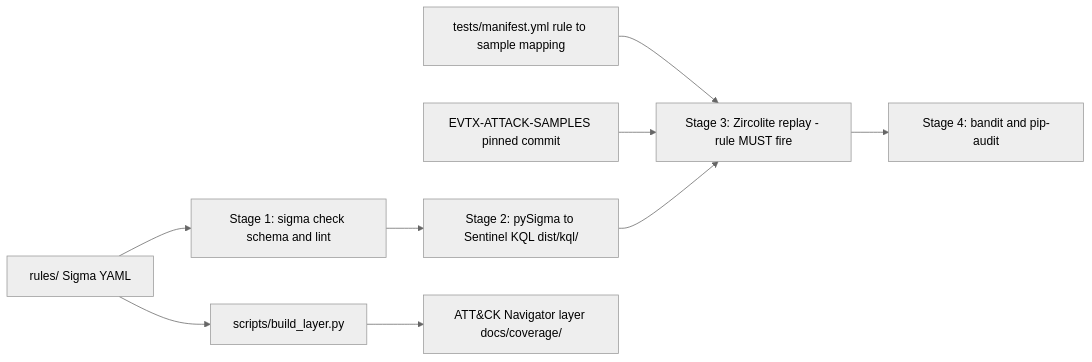
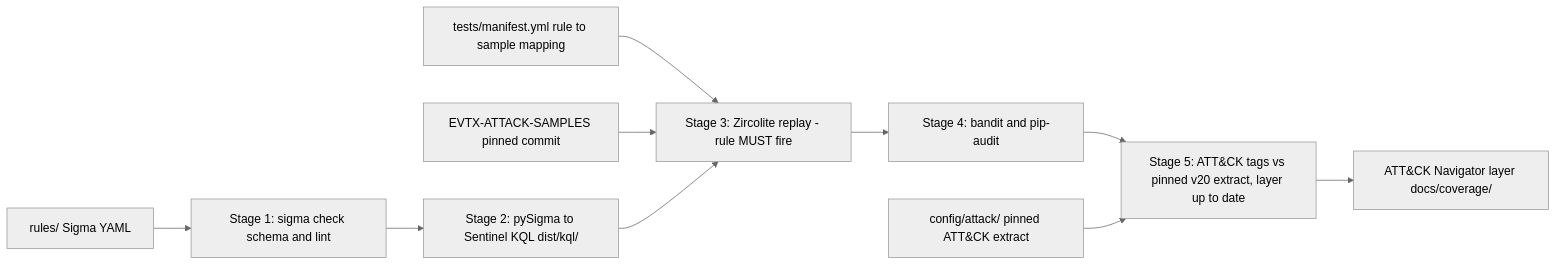
One commit to mbart75/detection-factory changed the diagram in README.md. Above: the diagram before and after it, drawn with Mermaid (neutral theme). The commit also changed other lines of this file and 4 other files, not shown here.

````diff
--- a/README.md
+++ b/README.md
@@ -15,10 +17,12 @@
 ```mermaid
 flowchart LR
     R[rules/ Sigma YAML] --> S1[Stage 1: sigma check schema and lint]
     S1 --> S2[Stage 2: pySigma to Sentinel KQL dist/kql/]
     M[tests/manifest.yml rule to sample mapping] --> S3
     E[EVTX-ATTACK-SAMPLES pinned commit] --> S3[Stage 3: Zircolite replay - rule MUST fire]
     S2 --> S3
     S3 --> S4[Stage 4: bandit and pip-audit]
-    R --> L[scripts/build_layer.py] --> N[ATT&CK Navigator layer docs/coverage/]
+    S4 --> S5[Stage 5: ATT&CK tags vs pinned v20 extract, layer up to date]
+    A[config/attack/ pinned ATT&CK extract] --> S5
+    S5 --> N[ATT&CK Navigator layer docs/coverage/]
 ```
````
